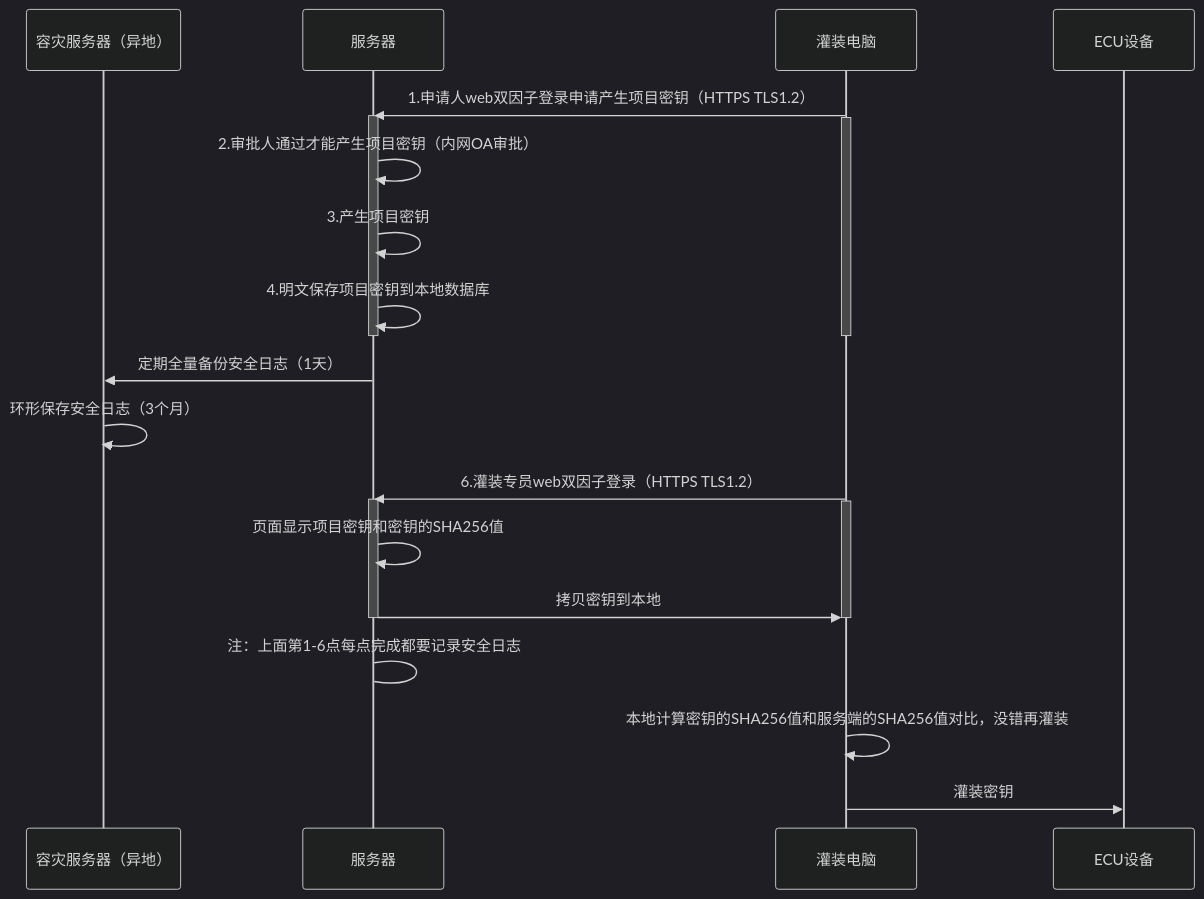
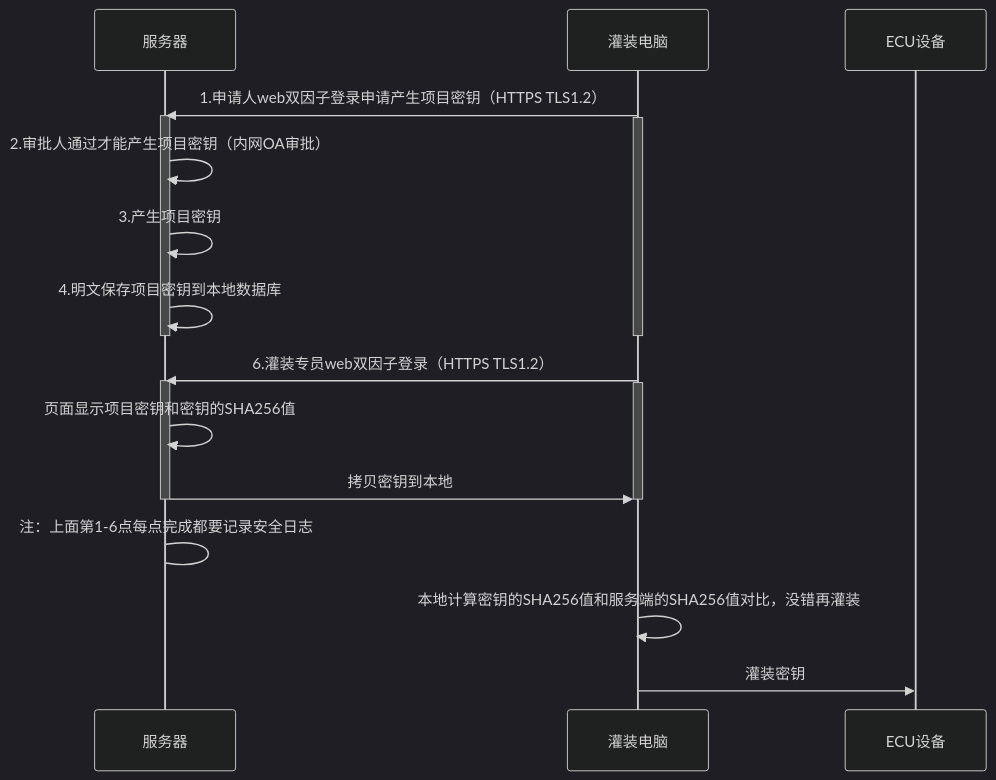
Before and after one commit to facebook-cloud/iodraw-files: the diagram in all/未命名-23.md, drawn with Mermaid (dark theme).

Commit message:
2026-04-15 17:06:25 update

````diff
--- a/all/未命名-23.md
+++ b/all/未命名-23.md
@@ -1,35 +1,34 @@
 ```mermaid
 sequenceDiagram
-    participant A as 容灾服务器（异地）
+  
     participant B as 服务器
     participant D as 灌装电脑
     participant E as ECU设备
 
  
     D->>B: 1.申请人web双因子登录申请产生项目密钥（HTTPS TLS1.2）
     activate B
     activate D
     B->>B: 2.审批人通过才能产生项目密钥（内网OA审批）
     B->>B: 3.产生项目密钥
     B->>B: 4.明文保存项目密钥到本地数据库
 
 
     deactivate B
     deactivate D
 
-    B->>A: 定期全量备份安全日志（1天）
-    A->>A: 环形保存安全日志（3个月）
+
     
     D->>B: 6.灌装专员web双因子登录（HTTPS TLS1.2）
     activate B
     activate D
     B->>B: 页面显示项目密钥和密钥的SHA256值
     B->>D: 拷贝密钥到本地
     deactivate B
     deactivate D
     B->B: 注：上面第1-6点每点完成都要记录安全日志
 
     D->>D:本地计算密钥的SHA256值和服务端的SHA256值对比，没错再灌装
     
     D->>E: 灌装密钥
 ```
````
